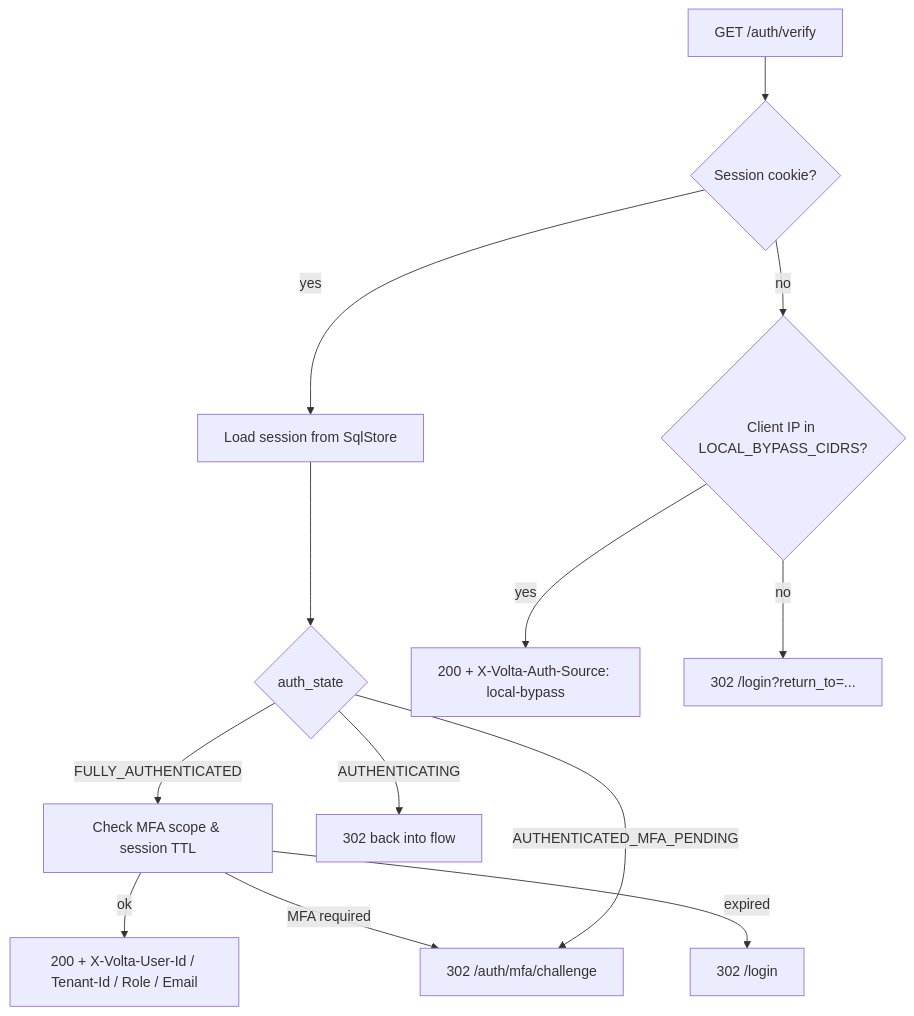
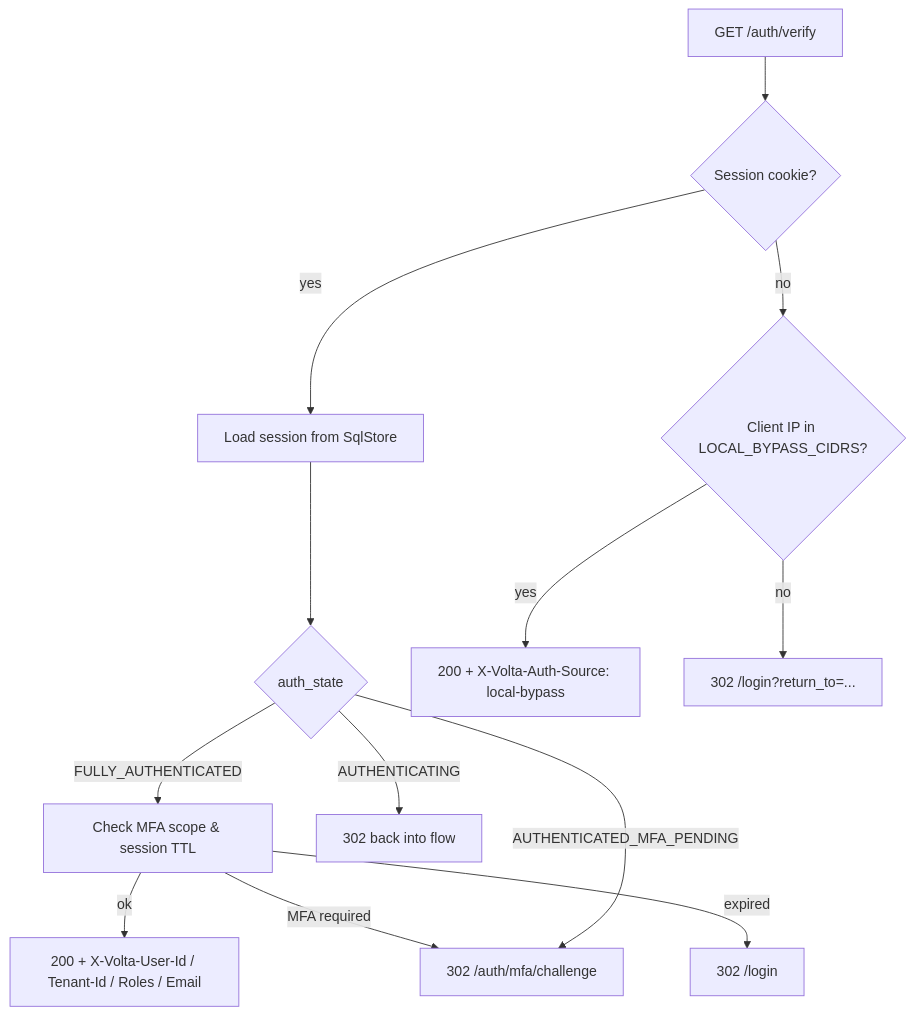
One commit to opaopa6969/volta-auth-proxy changed the second of 6 diagrams in docs/architecture.md. Above: the diagram before and after it, drawn with Mermaid. The commit also changed 2 other files, not shown here.

Commit message:
docs: sync auth-proxy docs with code (header name, tagline, state count)
現行コードで裏を取り、ドキュメントの乖離を修正:

1. ヘッダー名の単複: 冒頭の mermaid 図2つが `X-Volta-Role`(単数)
   だったが、実コード AuthFlowHandler.java は `X-Volta-Roles`(複数,
   カンマ結合)を付与する。README.md / README.ja.md の両図を修正。
   docs/architecture.md の verify 図も同じく `Role`→`Roles`。

2. 「One HTTP header. That's it.」の誇張を是正。verify 成功時は
   毎回 7 ヘッダー(User-Id / Email / Tenant-Id / Tenant-Slug /
   Roles / Display-Name / JWT)+ 条件付き App-Id を付与するため、
   「apps just read HTTP headers」に。README.ja.md も同様。

3. OIDC ログインフローの状態数: 見出しは 9 状態だが OidcFlowState
   enum は 11 状態(図のノードも 11 個)。README.md / README.ja.md
   の見出しを 11 に修正。

````diff
--- a/docs/architecture.md
+++ b/docs/architecture.md
@@ -72,15 +72,15 @@
 ```mermaid
 flowchart TD
     A[GET /auth/verify] --> B{Session cookie?}
     B -- yes --> C[Load session from SqlStore]
     C --> D{auth_state}
     D -- FULLY_AUTHENTICATED --> E[Check MFA scope & session TTL]
-    E -- ok --> F[200 + X-Volta-User-Id / Tenant-Id / Role / Email]
+    E -- ok --> F[200 + X-Volta-User-Id / Tenant-Id / Roles / Email]
     E -- MFA required --> G[302 /auth/mfa/challenge]
     E -- expired --> H[302 /login]
     D -- AUTHENTICATED_MFA_PENDING --> G
     D -- AUTHENTICATING --> I[302 back into flow]
     B -- no --> J{Client IP in LOCAL_BYPASS_CIDRS?}
     J -- yes --> K[200 + X-Volta-Auth-Source: local-bypass]
     J -- no --> L[302 /login?return_to=...]
 ```
````
